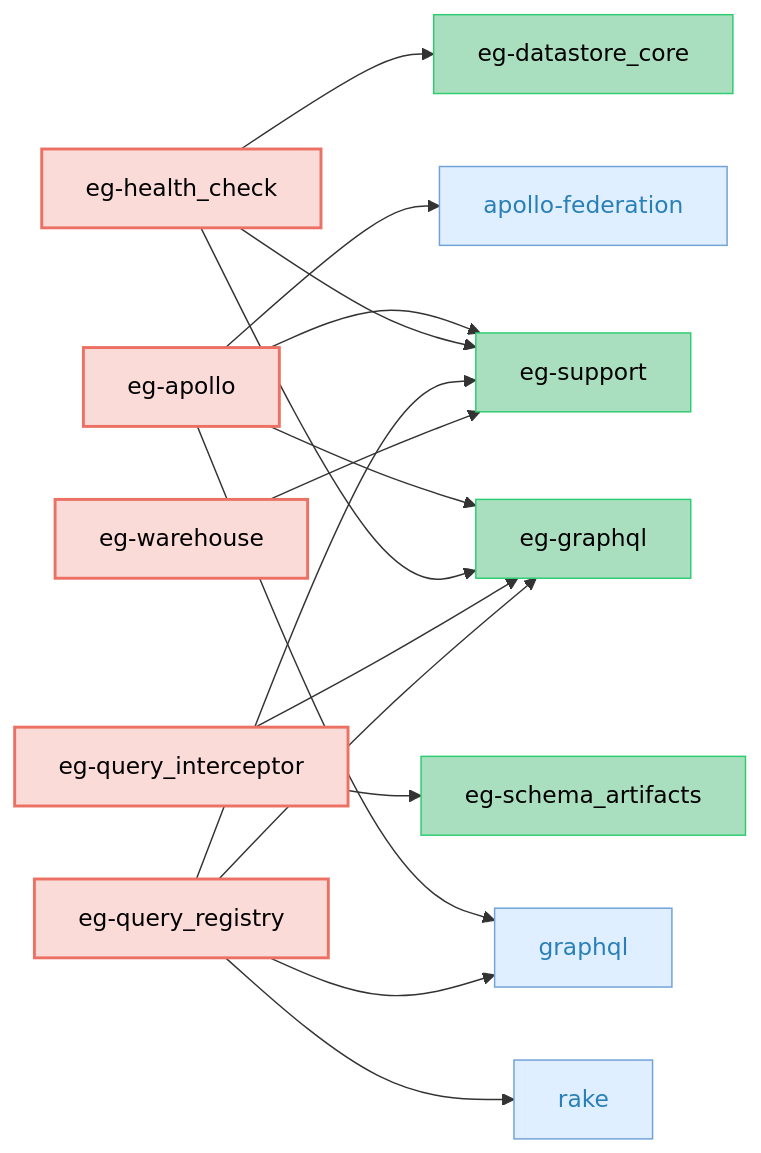
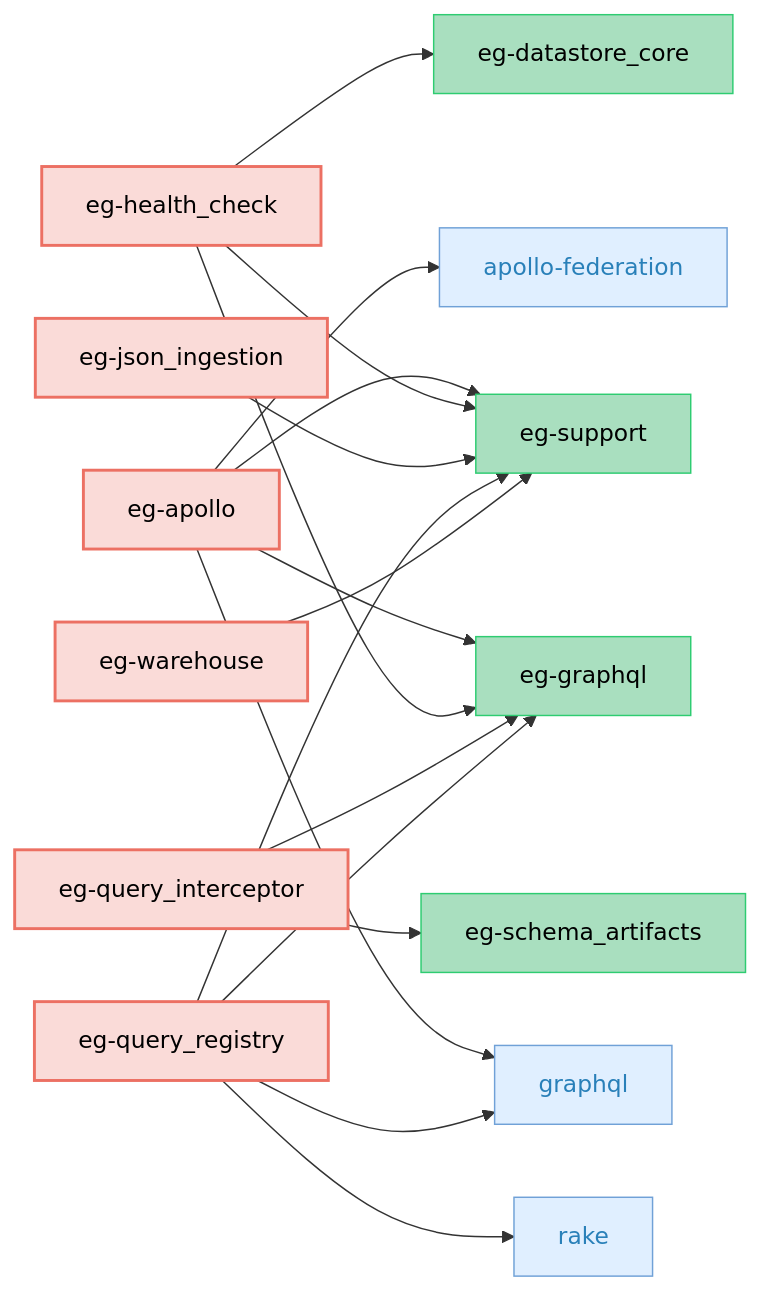
The fourth of 5 diagrams in CODEBASE_OVERVIEW.md (block/elasticgraph), drawn with Mermaid before and after one commit. The commit also changed other lines of this file and 8 other files, not shown here.

Commit message:
Add json ingestion gem shell

````diff
--- a/CODEBASE_OVERVIEW.md
+++ b/CODEBASE_OVERVIEW.md
@@ -207,47 +208,50 @@
 ```mermaid
 graph LR;
     classDef targetGemStyle fill:#FADBD8,stroke:#EC7063,color:#000,stroke-width:2px;
     classDef otherEgGemStyle fill:#A9DFBF,stroke:#2ECC71,color:#000;
     classDef externalGemCatStyle fill:#E0EFFF,stroke:#70A1D7,color:#2980B9;
     elasticgraph-apollo["eg-apollo"];
     elasticgraph-graphql["eg-graphql"];
     elasticgraph-support["eg-support"];
     graphql["graphql"];
     apollo-federation["apollo-federation"];
     elasticgraph-health_check["eg-health_check"];
     elasticgraph-datastore_core["eg-datastore_core"];
+    elasticgraph-json_ingestion["eg-json_ingestion"];
     elasticgraph-query_interceptor["eg-query_interceptor"];
     elasticgraph-schema_artifacts["eg-schema_artifacts"];
     elasticgraph-query_registry["eg-query_registry"];
     rake["rake"];
     elasticgraph-warehouse["eg-warehouse"];
     elasticgraph-apollo --> elasticgraph-graphql;
     elasticgraph-apollo --> elasticgraph-support;
     elasticgraph-apollo --> graphql;
     elasticgraph-apollo --> apollo-federation;
     elasticgraph-health_check --> elasticgraph-datastore_core;
     elasticgraph-health_check --> elasticgraph-graphql;
     elasticgraph-health_check --> elasticgraph-support;
+    elasticgraph-json_ingestion --> elasticgraph-support;
     elasticgraph-query_interceptor --> elasticgraph-graphql;
     elasticgraph-query_interceptor --> elasticgraph-schema_artifacts;
     elasticgraph-query_registry --> elasticgraph-graphql;
     elasticgraph-query_registry --> elasticgraph-support;
     elasticgraph-query_registry --> graphql;
     elasticgraph-query_registry --> rake;
     elasticgraph-warehouse --> elasticgraph-support;
     class elasticgraph-apollo targetGemStyle;
     class elasticgraph-graphql otherEgGemStyle;
     class elasticgraph-support otherEgGemStyle;
     class graphql externalGemCatStyle;
     class apollo-federation externalGemCatStyle;
     class elasticgraph-health_check targetGemStyle;
     class elasticgraph-datastore_core otherEgGemStyle;
+    class elasticgraph-json_ingestion targetGemStyle;
     class elasticgraph-query_interceptor targetGemStyle;
     class elasticgraph-schema_artifacts otherEgGemStyle;
     class elasticgraph-query_registry targetGemStyle;
     class rake externalGemCatStyle;
     class elasticgraph-warehouse targetGemStyle;
     click graphql href "https://rubygems.org/gems/graphql" "Open on RubyGems.org" _blank;
     click apollo-federation href "https://rubygems.org/gems/apollo-federation" "Open on RubyGems.org" _blank;
     click rake href "https://rubygems.org/gems/rake" "Open on RubyGems.org" _blank;
 ```
````
